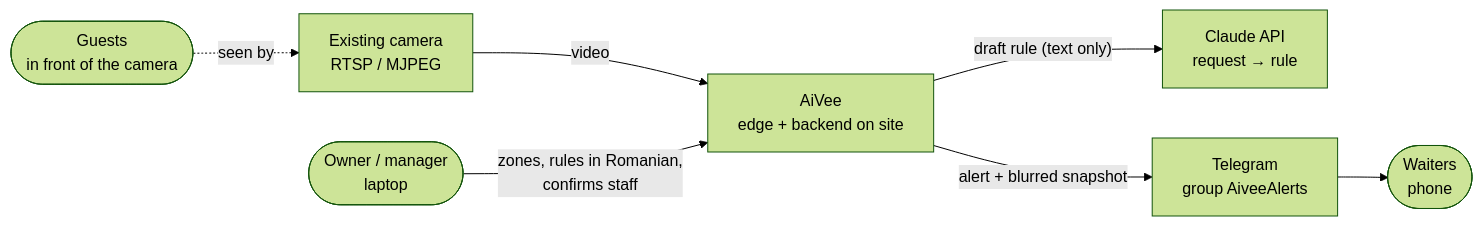
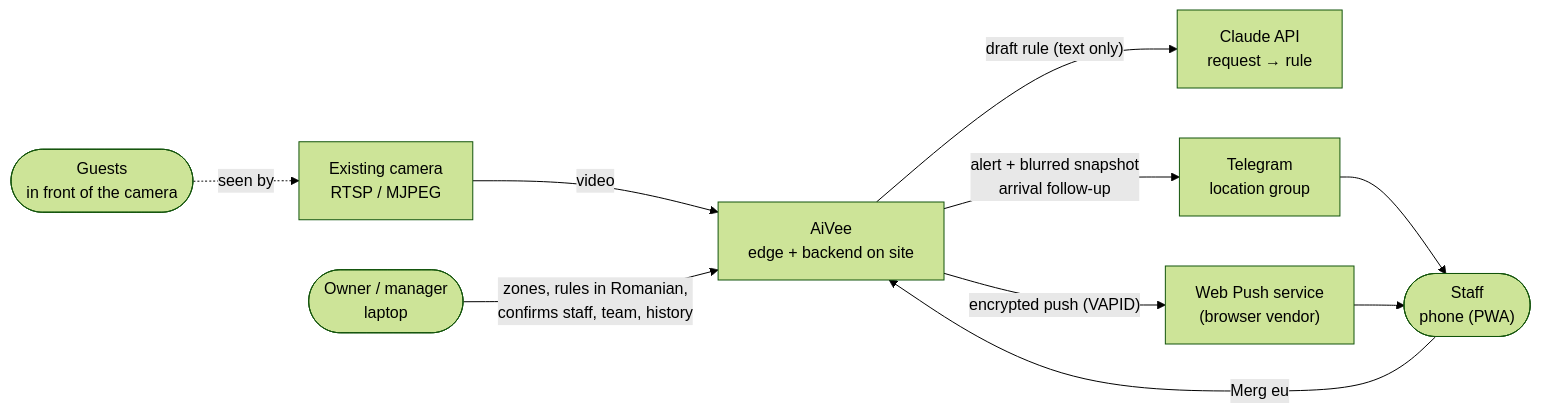
The first of 6 diagrams in docs/architecture.md (mariusbuharu-gsd/aivee), drawn with Mermaid (forest theme) before and after one commit. The commit also changed other lines of this file and 9 other files, not shown here.

First line of the commit message:
docs: refresh README, architecture, handbooks; add ADRs 0007–0010 and demo script (#27)

````diff
--- a/docs/architecture.md
+++ b/docs/architecture.md
@@ -8,17 +8,21 @@
 ```mermaid
 flowchart LR
     owner(["Owner / manager<br/>laptop"])
-    staff(["Waiters<br/>phone"])
+    staff(["Staff<br/>phone (PWA)"])
     guests(["Guests<br/>in front of the camera"])
     cam["Existing camera<br/>RTSP / MJPEG"]
     aivee["AiVee<br/>edge + backend on site"]
     claude["Claude API<br/>request → rule"]
-    tg["Telegram<br/>group AiveeAlerts"]
+    tg["Telegram<br/>location group"]
+    wp["Web Push service<br/>(browser vendor)"]
 
     guests -. seen by .-> cam
     cam -- video --> aivee
-    owner -- "zones, rules in Romanian,<br/>confirms staff" --> aivee
+    owner -- "zones, rules in Romanian,<br/>confirms staff, team, history" --> aivee
+    staff -- "Merg eu" --> aivee
     aivee -- "draft rule (text only)" --> claude
-    aivee -- "alert + blurred snapshot" --> tg
+    aivee -- "alert + blurred snapshot<br/>arrival follow-up" --> tg
+    aivee -- "encrypted push (VAPID)" --> wp
     tg --> staff
+    wp --> staff
 ```
````
